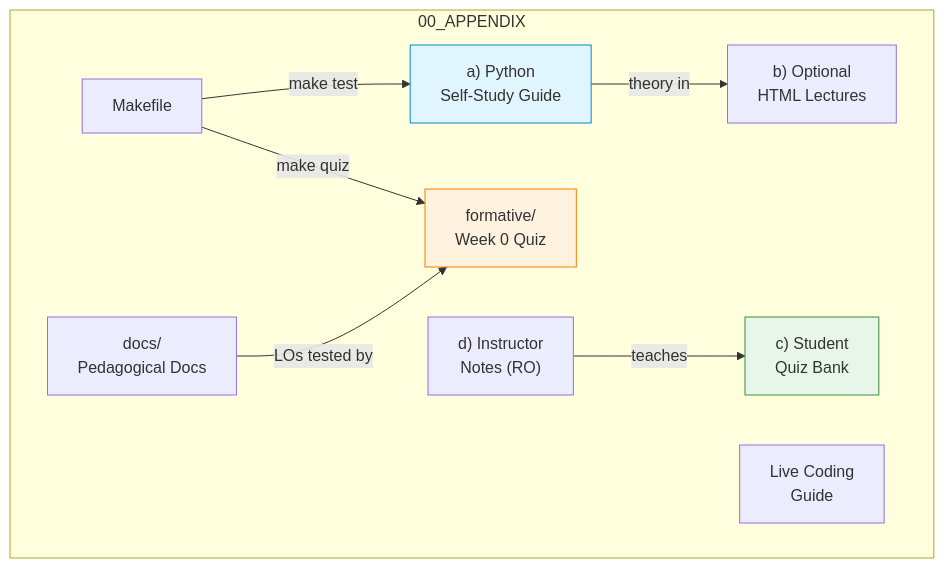
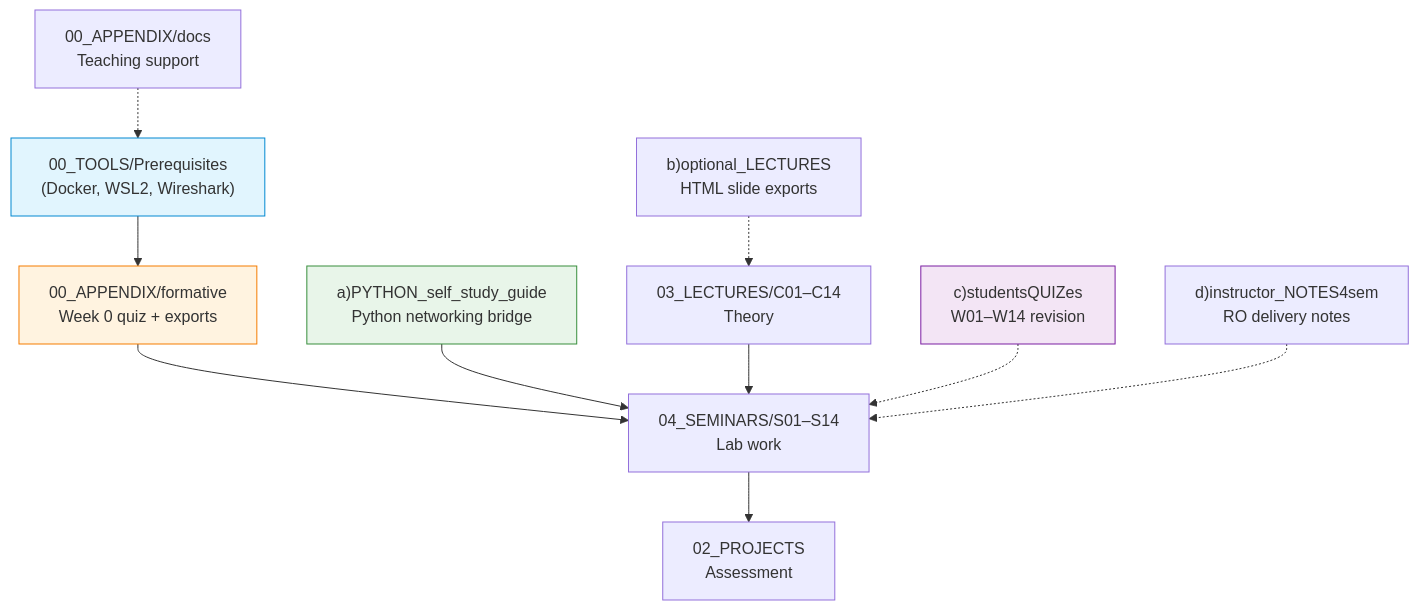
Before and after one commit to antonioclim/COMPNET-EN: the diagram in 00_APPENDIX/README.md, drawn with Mermaid. The commit also changed other lines of this file, not shown here.

````diff
--- a/00_APPENDIX/README.md
+++ b/00_APPENDIX/README.md
@@ -127,21 +25,36 @@
 ```mermaid
-graph TD
-    subgraph "00_APPENDIX"
-        A["a) Python\nSelf-Study Guide"]
-        B["b) Optional\nHTML Lectures"]
-        C["c) Student\nQuiz Bank"]
-        D["d) Instructor\nNotes (RO)"]
-        DOCS["docs/\nPedagogical Docs"]
-        FORM["formative/\nWeek 0 Quiz"]
-        MK["Makefile"]
-        LC["Live Coding\nGuide"]
-    end
-    MK -->|"make quiz"| FORM
-    MK -->|"make test"| A
-    DOCS -->|"LOs tested by"| FORM
-    A -->|"theory in"| B
-    D -->|"teaches"| C
-    style A fill:#e1f5fe,stroke:#0288d1
-    style FORM fill:#fff3e0,stroke:#f57c00
-    style C fill:#e8f5e9,stroke:#388e3c
+flowchart TD
+    PREREQ["00_TOOLS/Prerequisites
+(Docker, WSL2, Wireshark)"]
+    WEEK0["00_APPENDIX/formative
+Week 0 quiz + exports"]
+    PY["a)PYTHON_self_study_guide
+Python networking bridge"]
+    LECT["03_LECTURES/C01–C14
+Theory"]
+    SEM["04_SEMINARS/S01–S14
+Lab work"]
+    QUIZ["c)studentsQUIZes
+W01–W14 revision"]
+    OPT["b)optional_LECTURES
+HTML slide exports"]
+    NOTES["d)instructor_NOTES4sem
+RO delivery notes"]
+    DOCS["00_APPENDIX/docs
+Teaching support"]
+    PROJ["02_PROJECTS
+Assessment"]
+
+    PREREQ --> WEEK0 --> SEM --> PROJ
+    PY --> SEM
+    LECT --> SEM
+    QUIZ -.-> SEM
+    OPT -.-> LECT
+    NOTES -.-> SEM
+    DOCS -.-> PREREQ
+
+    style PREREQ fill:#e1f5fe,stroke:#0288d1
+    style WEEK0 fill:#fff3e0,stroke:#f57c00
+    style PY fill:#e8f5e9,stroke:#388e3c
+    style QUIZ fill:#f3e5f5,stroke:#7b1fa2
 ```
````
